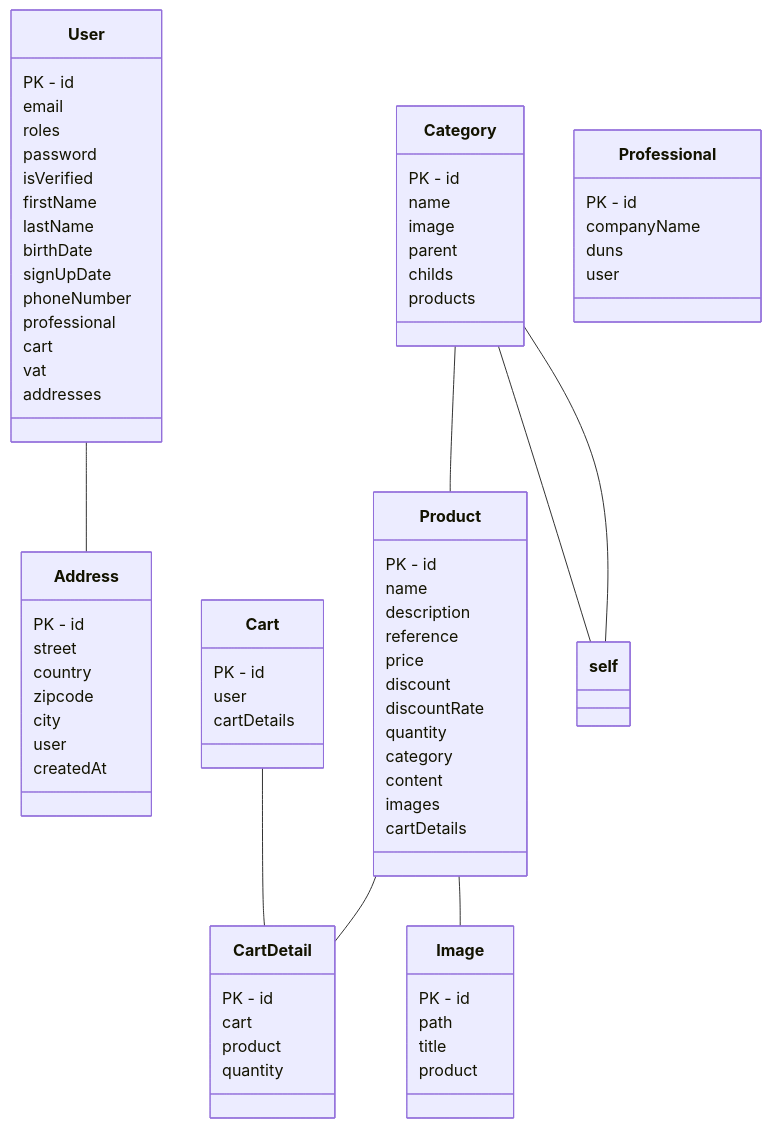
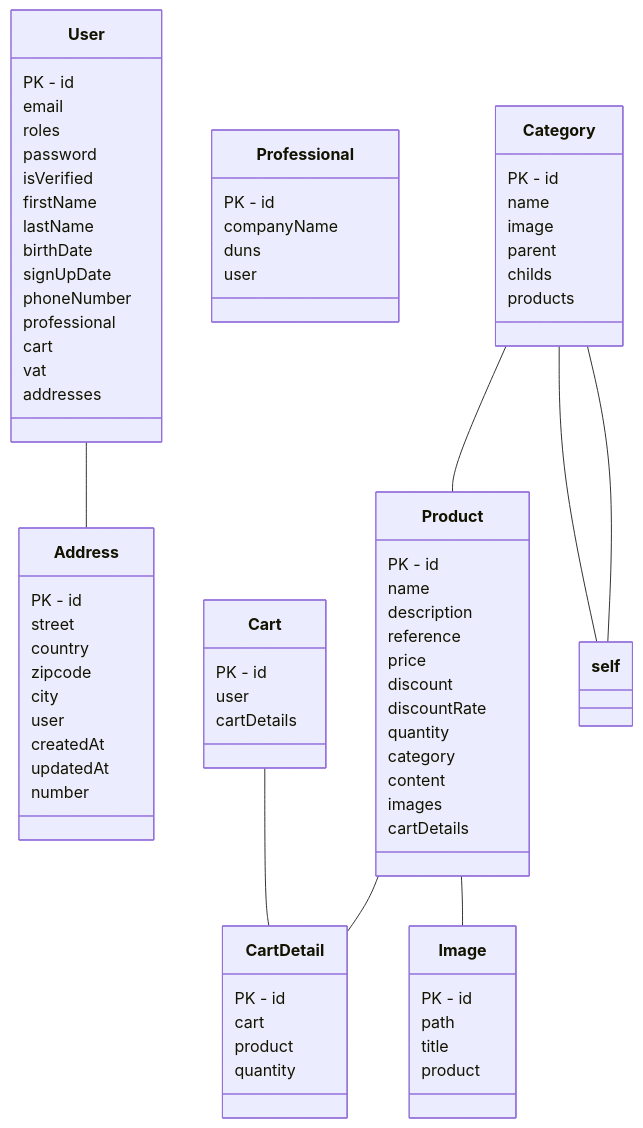
The diagram in UML.md (Mochafe/Projet-Fil-Rouge-Symfony-V1), drawn with Mermaid before and after one commit. The commit also changed 13 other files, not shown here.

````diff
--- a/UML.md
+++ b/UML.md
@@ -9,6 +9,8 @@
 city
 user
 createdAt
+updatedAt
+number
 }
 
 class Cart{
@@ -61,6 +63,13 @@
 
 Product -- Image
 Product -- CartDetail
+class Professional{
+PK - id
+companyName
+duns
+user
+}
+
 class User{
 PK - id
 email
@@ -79,12 +88,5 @@
 }
 
 User -- Address
-class Professional{
-PK - id
-companyName
-duns
-user
-}
-
 
 ```
````
